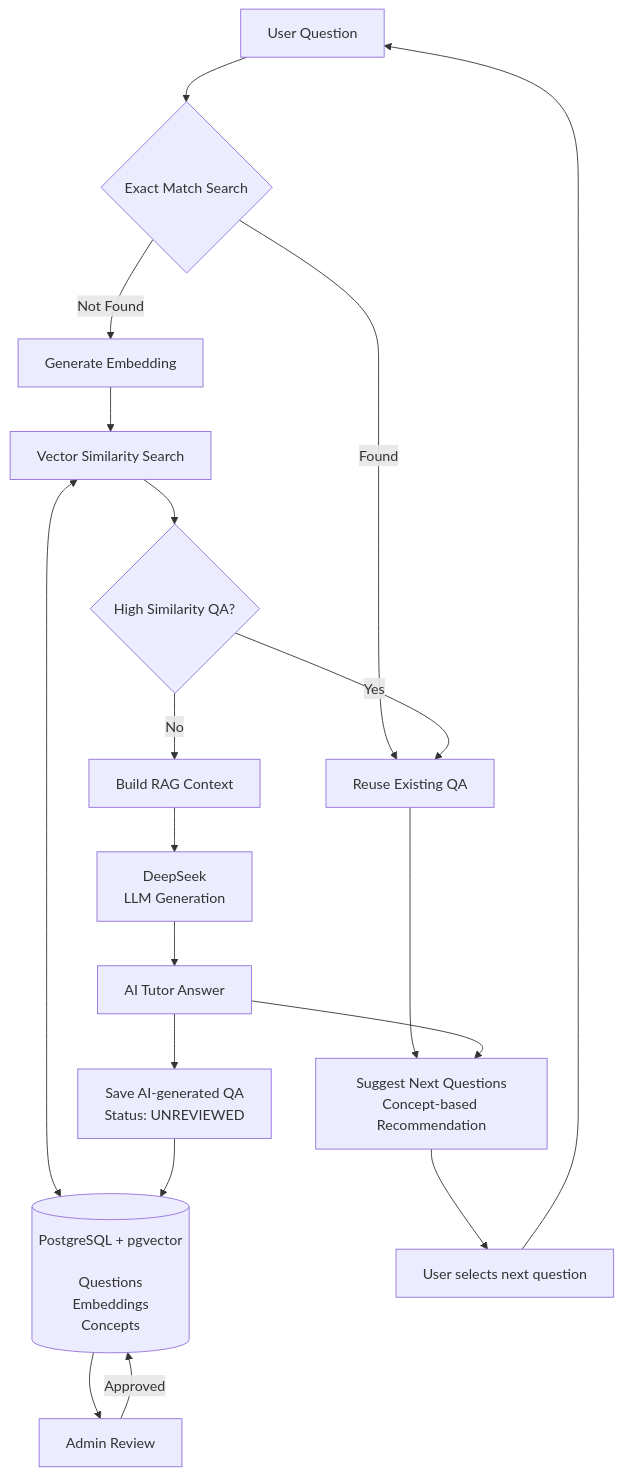
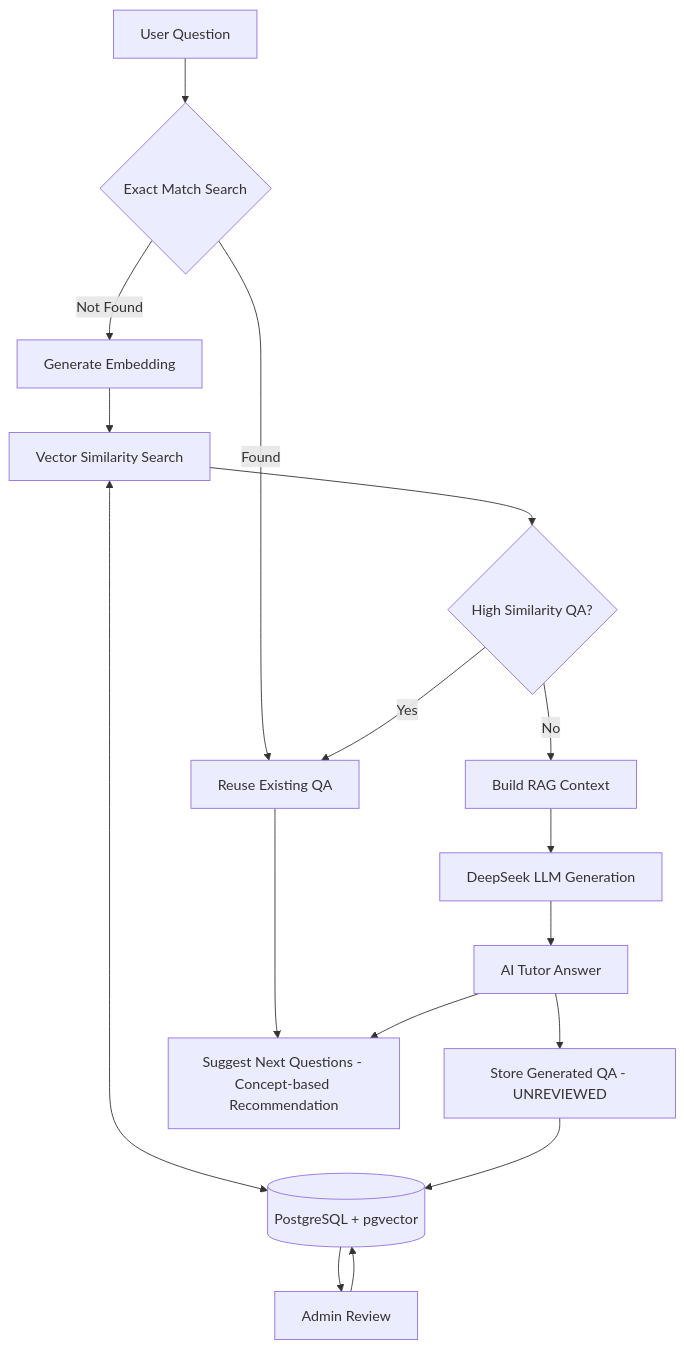
The second of 2 diagrams in README.md (k94-ishi/physics-ai-tutor), drawn with Mermaid before and after one commit. The commit also changed other lines of this file, not shown here.

Commit message:
Make mermaid figs simpler

````diff
--- a/README.md
+++ b/README.md
@@ -102,42 +113,54 @@
 ```mermaid
 flowchart TB
     U[User Question]
 
-    DB[(PostgreSQL + pgvector<br/><br/>Questions<br/>Embeddings<br/>Concepts)]
+    EXACT{Exact Match Search}
 
-    U --> EXACT{Exact Match Search}
+    EXIST[Reuse Existing QA]
 
-    EXACT -->|Found| EXIST[Reuse Existing QA]
+    EMB[Generate Embedding]
 
-    EXACT -->|Not Found| EMB[Generate Embedding]
+    SEARCH[Vector Similarity Search]
 
-    EMB --> SEARCH[Vector Similarity Search]
+    DB[(PostgreSQL + pgvector)]
 
+    SIM{High Similarity QA?}
+
+    CONTEXT[Build RAG Context]
+
+    LLM[DeepSeek LLM Generation]
+
+    ANSWER[AI Tutor Answer]
+
+    SAVE[Store Generated QA - UNREVIEWED]
+
+    REVIEW[Admin Review]
+
+    NEXT[Suggest Next Questions - Concept-based Recommendation]
+
+
+    U --> EXACT
+
+    EXACT -->|Found| EXIST
+    EXACT -->|Not Found| EMB
+
+    EMB --> SEARCH
     SEARCH <--> DB
 
-    SEARCH --> SIM{High Similarity QA?}
+    SEARCH --> SIM
 
     SIM -->|Yes| EXIST
+    SIM -->|No| CONTEXT
 
-    SIM -->|No| CONTEXT[Build RAG Context]
+    CONTEXT --> LLM
+    LLM --> ANSWER
 
-    CONTEXT --> LLM[DeepSeek<br/>LLM Generation]
-
-    LLM --> ANSWER[AI Tutor Answer]
-
-    ANSWER --> SAVE[Save AI-generated QA<br/>Status: UNREVIEWED]
-
+    ANSWER --> SAVE
     SAVE --> DB
 
-    DB --> REVIEW[Admin Review]
+    DB --> REVIEW
+    REVIEW --> DB
 
-    REVIEW -->|Approved| DB
-
-    EXIST --> NEXT[Suggest Next Questions<br/>Concept-based Recommendation]
-
+    EXIST --> NEXT
     ANSWER --> NEXT
-
-    NEXT --> USER_ACTION[User selects next question]
-
-    USER_ACTION --> U
 ```
````
